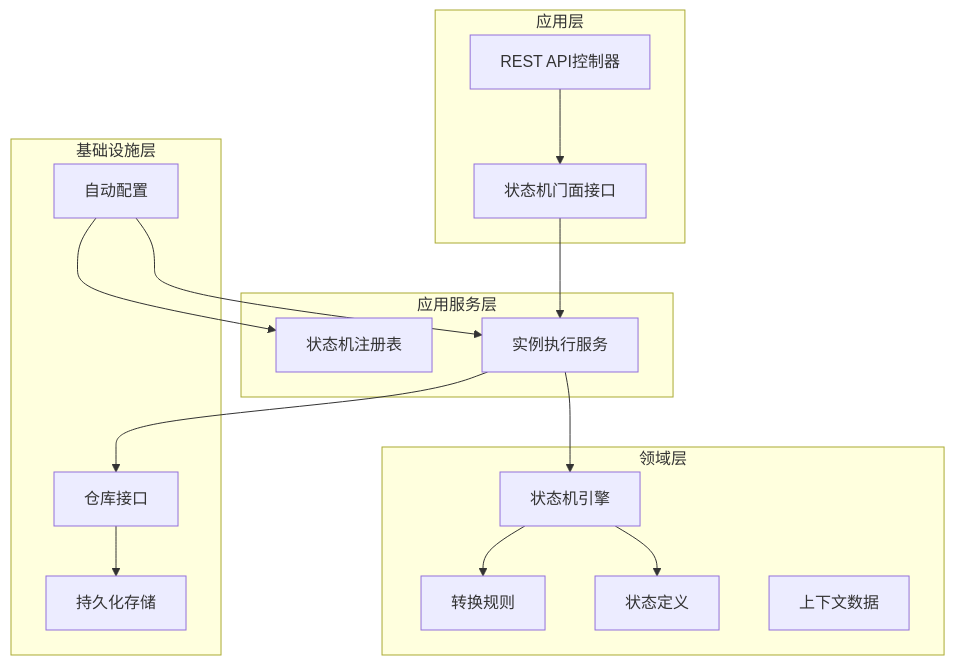
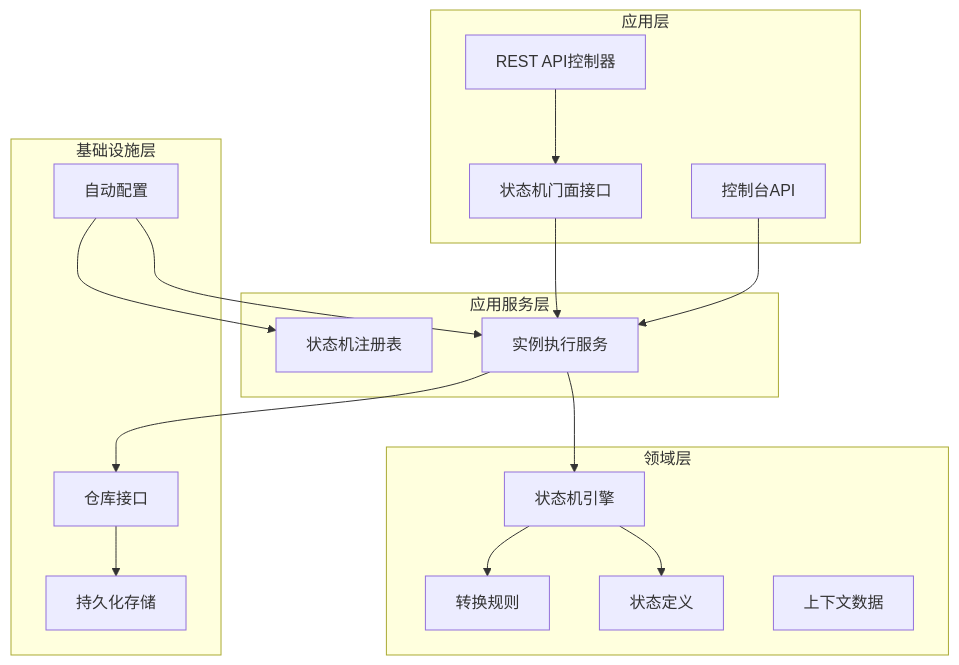
One commit to xiaoche80s-tech/state-machine-parent changed the first of 7 diagrams in .qoder/repowiki/zh/content/执行引擎/状态机门面接口.md. Above: the diagram before and after it, drawn with Mermaid. The commit also changed other lines of this file and 7 other files, not shown here.

````diff
--- a/.qoder/repowiki/zh/content/执行引擎/状态机门面接口.md
+++ b/.qoder/repowiki/zh/content/执行引擎/状态机门面接口.md
@@ -42,31 +43,33 @@
 ```mermaid
 graph TB
 subgraph "应用层"
 API[REST API控制器]
 Facade[状态机门面接口]
+Console[控制台API]
 end
 subgraph "应用服务层"
 ExecutionService[实例执行服务]
 Registry[状态机注册表]
 end
 subgraph "领域层"
 StateMachine[状态机引擎]
 State[状态定义]
 Transition[转换规则]
 Context[上下文数据]
 end
 subgraph "基础设施层"
 Repository[仓库接口]
 Persistence[持久化存储]
 AutoConfig[自动配置]
 end
 API --> Facade
+Console --> ExecutionService
 Facade --> ExecutionService
 ExecutionService --> StateMachine
 StateMachine --> State
 StateMachine --> Transition
 ExecutionService --> Repository
 Repository --> Persistence
 AutoConfig --> ExecutionService
 AutoConfig --> Registry
 ```
````
